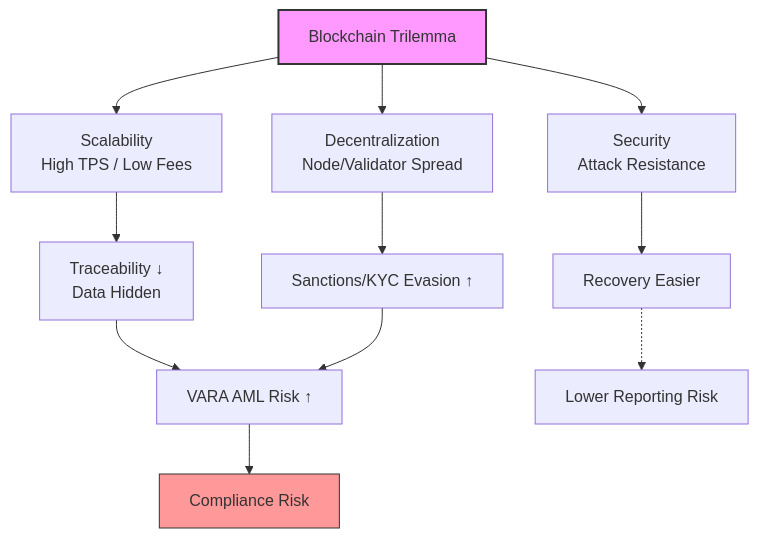
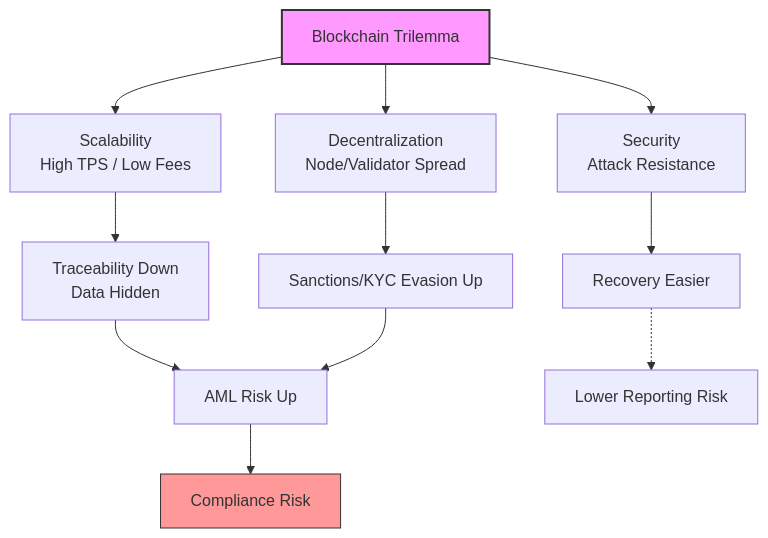
The diagram in frameworks/01_blockchain-trilemma-compliance-framework.md (JapneetOnchain/blockchain-compliance-frameworks), drawn with Mermaid before and after one commit. The commit also changed other lines of this file, not shown here.

````diff
--- a/frameworks/01_blockchain-trilemma-compliance-framework.md
+++ b/frameworks/01_blockchain-trilemma-compliance-framework.md
@@ -67,15 +111,15 @@
 ```mermaid
 graph TD
     A[Blockchain Trilemma] --> B[Scalability<br>High TPS / Low Fees]
     A --> C[Decentralization<br>Node/Validator Spread]
     A --> D[Security<br>Attack Resistance]
-    B --> E[Traceability ↓<br>Data Hidden]
-    C --> F[Sanctions/KYC Evasion ↑]
+    B --> E[Traceability Down<br>Data Hidden]
+    C --> F[Sanctions/KYC Evasion Up]
     D --> G[Recovery Easier]
-    E --> H[VARA AML Risk ↑]
+    E --> H[AML Risk Up]
     F --> H
     G -.-> I[Lower Reporting Risk]
     H --> J[Compliance Risk]
     style A fill:#f9f,stroke:#333,stroke-width:2px
     style J fill:#ff9999,stroke:#333
 ```
````
